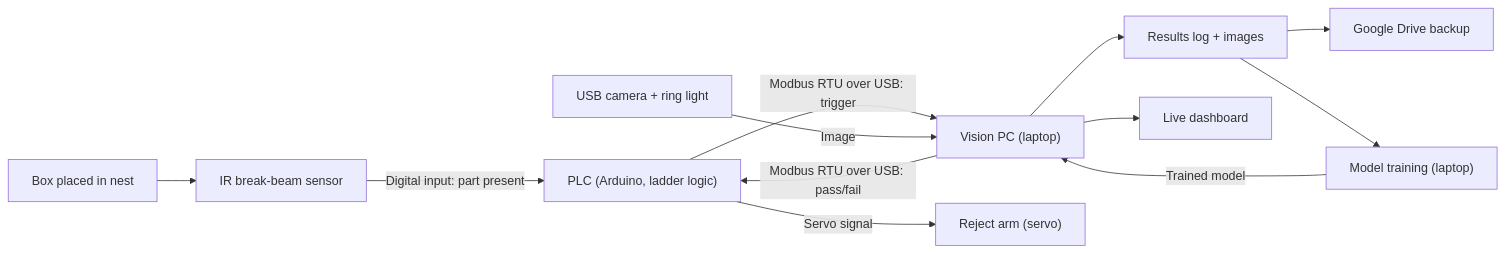
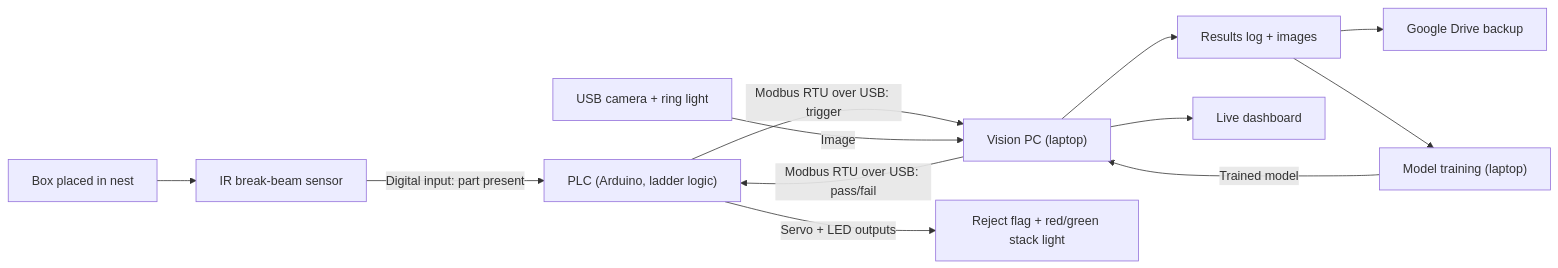
The diagram in docs/design/system_architecture.md (Vic-Wele/label-inspection-station), drawn with Mermaid before and after one commit. The commit also changed other lines of this file, not shown here.

Commit message:
Update architecture: reject flag and stack light

````diff
--- a/docs/design/system_architecture.md
+++ b/docs/design/system_architecture.md
@@ -5,14 +5,14 @@
 ```mermaid
 flowchart LR
     Box["Box placed in nest"] --> Beam["IR break-beam sensor"]
     Beam -->|"Digital input: part present"| PLC["PLC (Arduino, ladder logic)"]
     PLC -->|"Modbus RTU over USB: trigger"| PC["Vision PC (laptop)"]
     Cam["USB camera + ring light"] -->|"Image"| PC
     PC -->|"Modbus RTU over USB: pass/fail"| PLC
-    PLC -->|"Servo signal"| Servo["Reject arm (servo)"]
+    PLC -->|"Servo + LED outputs"| Servo["Reject flag + red/green stack light"]
     PC --> Log["Results log + images"]
     Log --> Drive["Google Drive backup"]
     Log --> Train["Model training (laptop)"]
     Train -->|"Trained model"| PC
     PC --> Dash["Live dashboard"]
 ```
````
